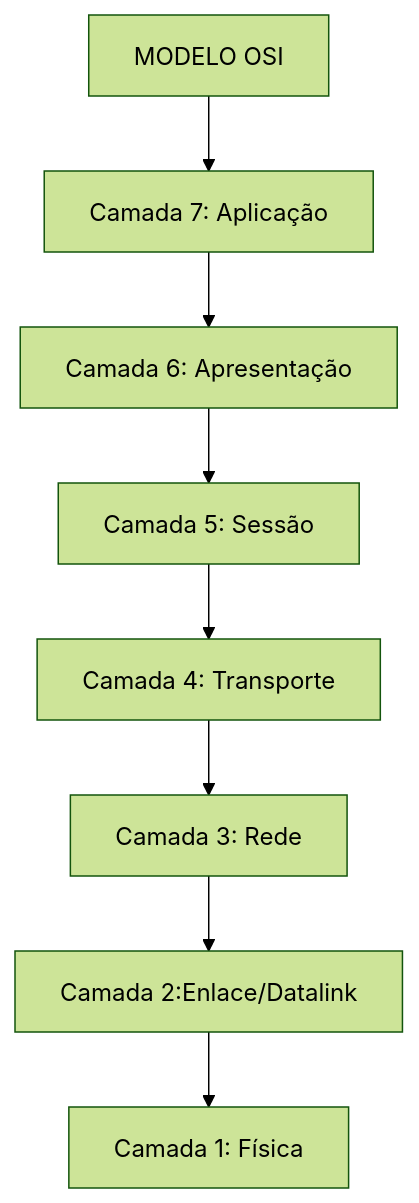
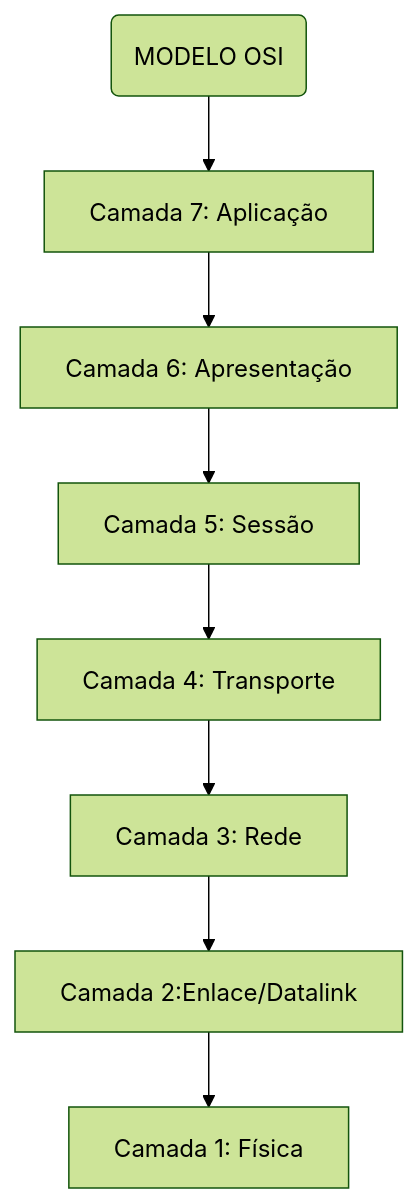
The first of 2 diagrams in Mermaid/TCPIPOSI/desafio.md (KauanneL/ARC), drawn with Mermaid (forest theme) before and after one commit. The commit also changed other lines of this file, not shown here.

Commit message:
desafio up

````diff
--- a/Mermaid/TCPIPOSI/desafio.md
+++ b/Mermaid/TCPIPOSI/desafio.md
@@ -2,10 +2,10 @@
 ```mermaid
 flowchart TD
-  A[MODELO OSI] --> OSI7[Camada 7: Aplicação]
+  A(MODELO OSI) --> OSI7[Camada 7: Aplicação]
   OSI7 --> OSI6[Camada 6: Apresentação]
   OSI6 --> OSI5[Camada 5: Sessão]
   OSI5 --> OSI4[Camada 4: Transporte]
   OSI4 --> OSI3[Camada 3: Rede]
   OSI3 --> OSI2[Camada 2:Enlace/Datalink]
   OSI2 --> OSI1[Camada 1: Física]
 ```
````
